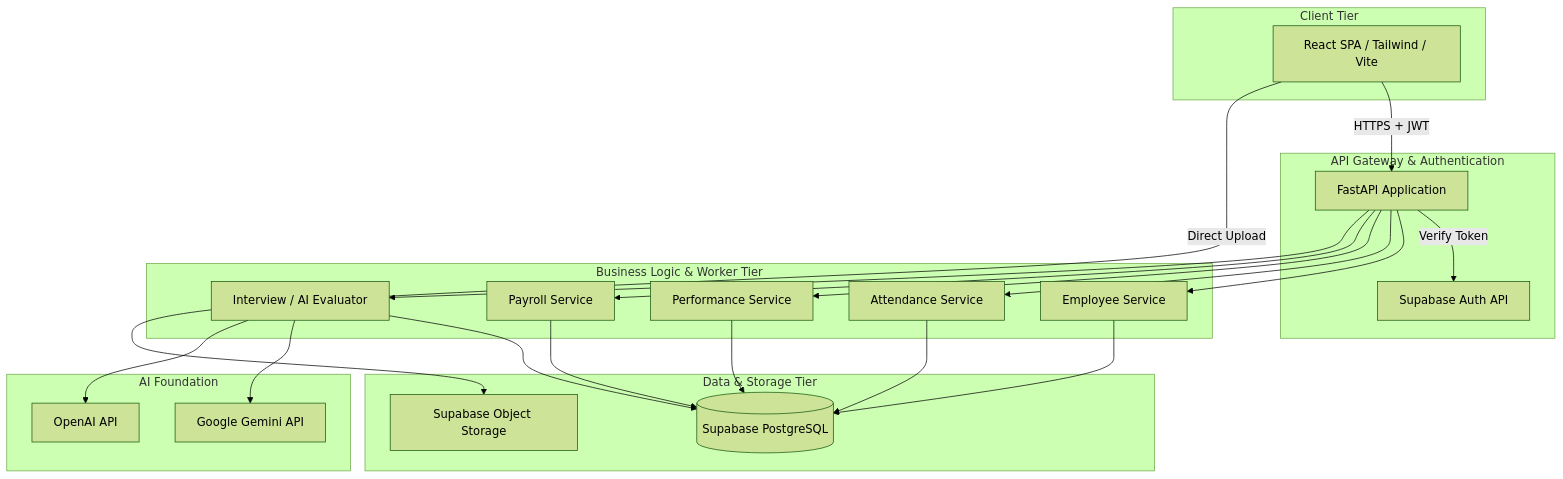
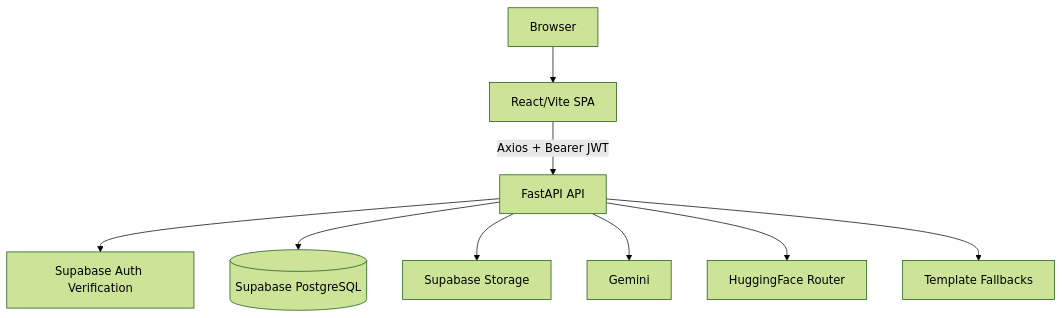
Before and after one commit to pranavvenu12/ai-hiring-os: the first of 3 diagrams in docs/TRD.md, drawn with Mermaid (forest theme). The commit also changed other lines of this file and 12 other files, not shown here.

````diff
--- a/docs/TRD.md
+++ b/docs/TRD.md
@@ -10,47 +9,11 @@
 ```mermaid
 graph TB
-    subgraph Client Tier
-        SPA[React SPA / Tailwind / Vite]
-    end
-
-    subgraph API Gateway & Authentication
-        Gateway[FastAPI Application]
-        SupabaseAuth[Supabase Auth API]
-    end
-
-    subgraph Business Logic & Worker Tier
-        EmployeeSvc[Employee Service]
-        AttendanceSvc[Attendance Service]
-        PerformanceSvc[Performance Service]
-        PayrollSvc[Payroll Service]
-        InterviewSvc[Interview / AI Evaluator]
-    end
-
-    subgraph Data & Storage Tier
-        DB[(Supabase PostgreSQL)]
-        Storage[Supabase Object Storage]
-    end
-
-    subgraph AI Foundation
-        Gemini[Google Gemini API]
-        OpenAI[OpenAI API]
-    end
-
-    SPA -->|HTTPS + JWT| Gateway
-    Gateway -->|Verify Token| SupabaseAuth
-    Gateway --> EmployeeSvc
-    Gateway --> AttendanceSvc
-    Gateway --> PerformanceSvc
-    Gateway --> PayrollSvc
-    Gateway --> InterviewSvc
-    
-    EmployeeSvc --> DB
-    AttendanceSvc --> DB
-    PerformanceSvc --> DB
-    PayrollSvc --> DB
-    InterviewSvc --> DB
-    InterviewSvc --> Gemini
-    InterviewSvc --> OpenAI
-    
-    SPA -->|Direct Upload| Storage
+    Browser[Browser] --> SPA[React/Vite SPA]
+    SPA -->|Axios + Bearer JWT| API[FastAPI API]
+    API --> Auth[Supabase Auth Verification]
+    API --> DB[(Supabase PostgreSQL)]
+    API --> Storage[Supabase Storage]
+    API --> Gemini[Gemini]
+    API --> HF[HuggingFace Router]
+    API --> Fallback[Template Fallbacks]
 ```
````
